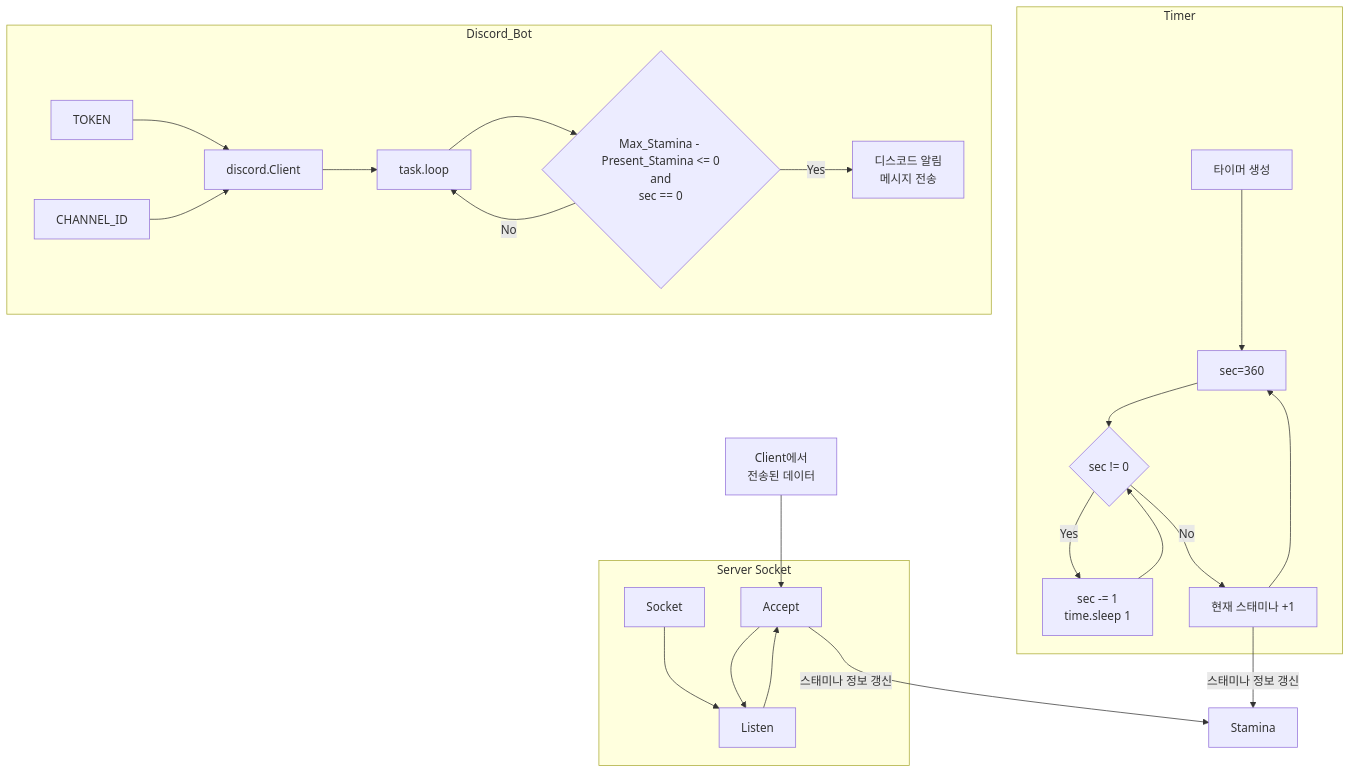
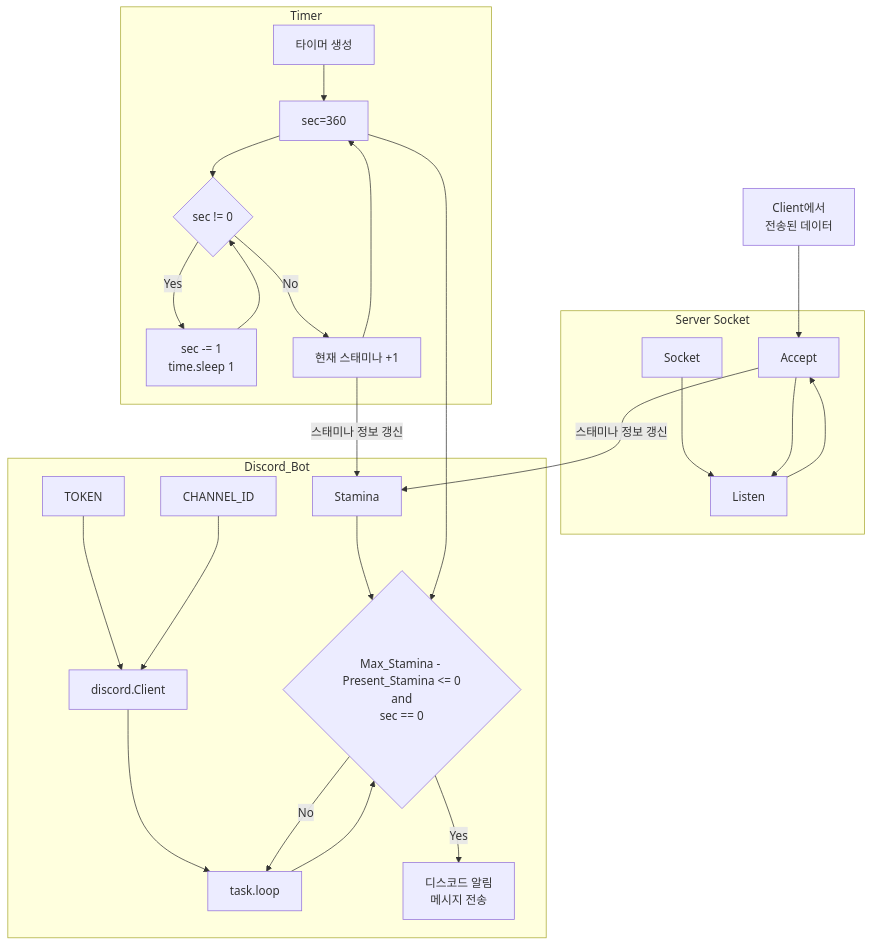
One commit to 201710808/Game-Stamina-Alarm changed the third of 3 diagrams in README.md. Above: the diagram before and after it, drawn with Mermaid.

````diff
--- a/README.md
+++ b/README.md
@@ -55,30 +55,32 @@
 ```mermaid
 graph TB;
     data[Client에서\n전송된 데이터]-->Accept;
 
     subgraph Server Socket;
     Socket-->Listen;
     Listen-->Accept;
     end;
     Accept-->|스태미나 정보 갱신|Stamina;
     Accept-->Listen;
 
     subgraph Timer;
     timer_start[타이머 생성]-->sec;
     sec[sec=360]-->condition{sec != 0};
     condition-->|"Yes"|process_time[sec -= 1\ntime.sleep 1];
     process_time-->condition;
     condition-->|"No"|sync_stamina[현재 스태미나 +1];
     sync_stamina-->sec;
     end;
     sync_stamina-->|스태미나 정보 갱신|Stamina;
 
     subgraph Discord_Bot;
     TOKEN-->Client[discord.Client];
     CHANNEL_ID-->Client;
     Client-->task.loop;
     task.loop-->discord_condition{Max_Stamina - Present_Stamina <= 0\nand\nsec == 0};
+    Stamina-->discord_condition;
+    sec-->discord_condition;
     discord_condition-->|"Yes"|discord_message[디스코드 알림\n메시지 전송]
     discord_condition-->|"No"|task.loop;
     end;
 ```
````
